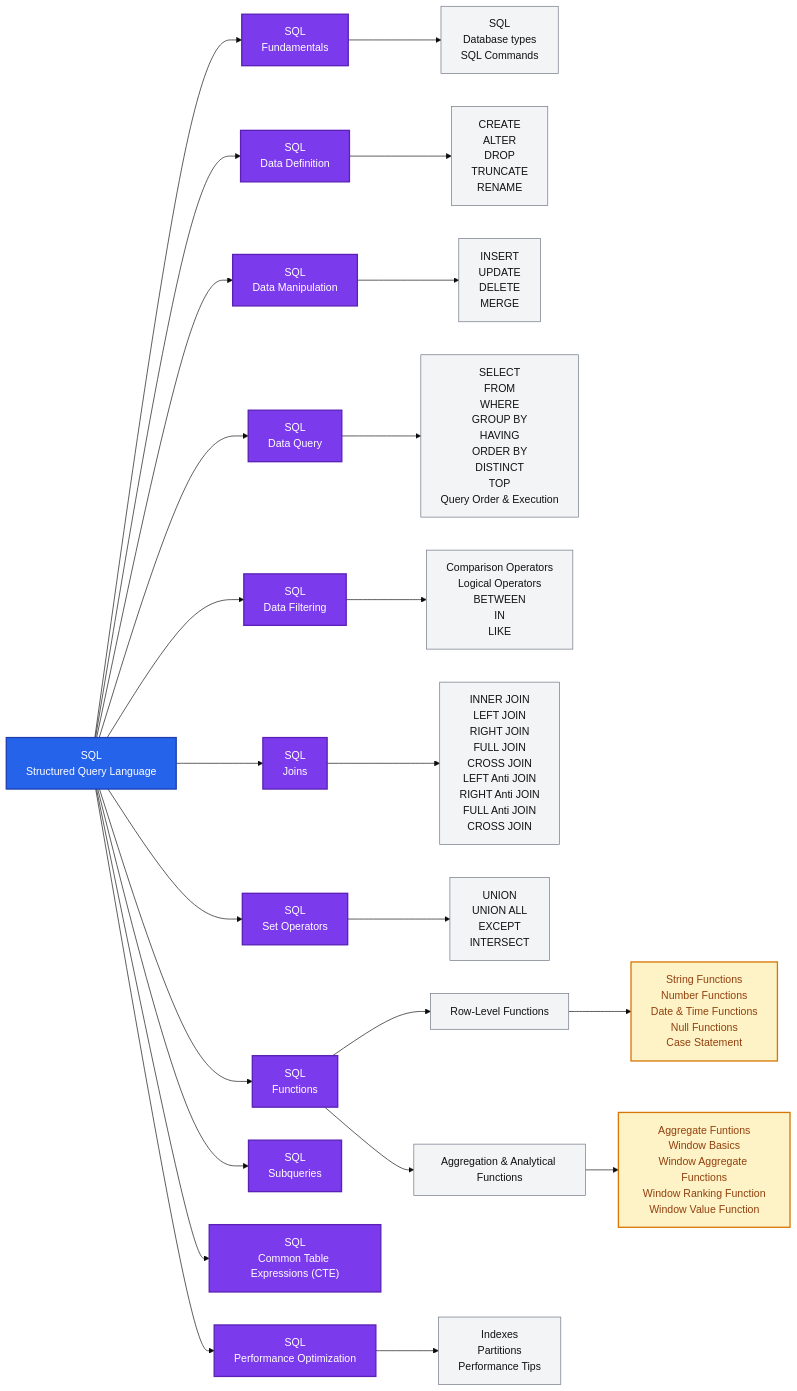
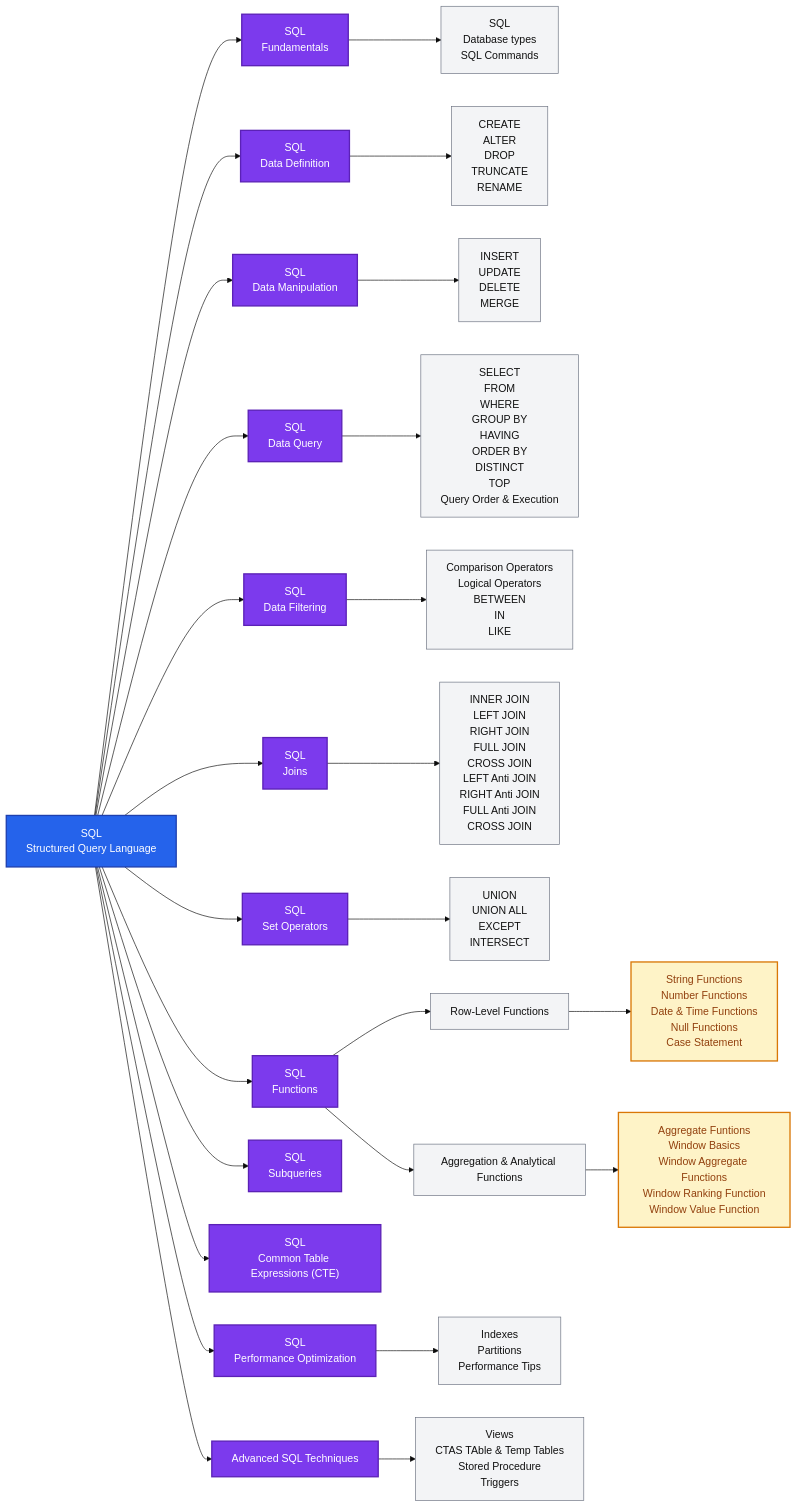
The first of 2 diagrams in README.md (rosa-lpz/sql), drawn with Mermaid (base theme) before and after one commit.

Commit message:
General overview flowchat - Advanced SQL Techniques
Views
CTAS TAble & Temp Tables
Stored Procedure
Triggers

````diff
--- a/README.md
+++ b/README.md
@@ -27,39 +27,41 @@
 ```mermaid
 flowchart LR
 SQL["SQL<br/>Structured Query Language"]
 SQL --> Fundamentals["SQL<br/>Fundamentals"]
 SQL --> Database["SQL<br/>Data Definition"]
 SQL --> DataManipulation["SQL<br/>Data Manipulation"]
 SQL --> DataQuery["SQL<br/>Data Query"]
 SQL --> DataFiltering["SQL<br/>Data Filtering"]
 SQL --> Joins["SQL<br/>Joins"]
 SQL --> SetOps["SQL<br/>Set Operators"]
 SQL --> Functions["SQL<br/>Functions"]
 SQL --> Subqueries["SQL<br/>Subqueries"]
 SQL --> CTE["SQL<br/>Common Table Expressions (CTE)"]
 SQL -->Performance["SQL<br/>Performance Optimization"]
+SQL -->Advanced["Advanced SQL Techniques"]
 
 Fundamentals --> FundamentalsElements["SQL<br/>Database types<br/>SQL Commands"]
 Database-->DatabaseElements["CREATE<br/>ALTER<br/>DROP<br/>TRUNCATE<br/>RENAME"]
 DataManipulation-->DataMapElements["INSERT<br/>UPDATE<br/>DELETE<br/>MERGE"]
 DataQuery-->QueryElements["SELECT<br/>FROM<br/>WHERE<br/>GROUP BY<br/>HAVING<br/>ORDER BY<br/>DISTINCT<br/>TOP<br/>Query Order & Execution"]
 DataFiltering-->DataFiltElements["Comparison Operators<br/>Logical Operators<br/>BETWEEN<br/>IN<br/>LIKE"]
 Joins-->JoinsElements["INNER JOIN<br/>LEFT JOIN<br/>RIGHT JOIN<br/>FULL JOIN<br/>CROSS JOIN<br/>LEFT Anti JOIN<br/>RIGHT Anti JOIN<br/>FULL Anti JOIN<br/>CROSS JOIN"]
 SetOps-->SetOpsElements["UNION<br/>UNION ALL<br/>EXCEPT<br/>INTERSECT"]
 Functions-->RowLevelFunctions["Row-Level Functions"]
 Functions-->AggrAnalyticalFunctions["Aggregation & Analytical Functions"]
 RowLevelFunctions-->RowLevFElm["String Functions<br/>Number Functions<br/>Date & Time Functions<br/>Null Functions<br/>Case Statement"]
 AggrAnalyticalFunctions-->AggrAnalyticalFElm["Aggregate Funtions<br/>Window Basics<br/>Window Aggregate Functions<br/>Window Ranking Function<br/>Window Value Function"]
 
 Performance-->PerformanceElements["Indexes<br/>Partitions<br/>Performance Tips"]
+Advanced-->AdvancedElements["Views<br/>CTAS TAble & Temp Tables<br/>Stored Procedure<br/>Triggers"]
 
 classDef sql fill:#2563eb,color:#fff,stroke:#1e40af,stroke-width:2px
 classDef category fill:#7c3aed,color:#fff,stroke:#5b21b6,stroke-width:2px
 classDef command fill:#f3f4f6,color:#111,stroke:#6b7280
 classDef logic fill:#fef3c7,color:#92400e,stroke:#d97706,stroke-width:2px
 
 class SQL sql
-class Fundamentals,Database,DataManipulation,DataQuery,DataFiltering,Joins,SetOps,Functions,Subqueries,CTE,Performance category
-class FundamentalsElements,DatabaseElements,DataMapElements,QueryElements,DataFiltElements,JoinsElements,SetOpsElements,RowLevelFunctions,AggrAnalyticalFunctions,PerformanceElements command
+class Fundamentals,Database,DataManipulation,DataQuery,DataFiltering,Joins,SetOps,Functions,Subqueries,CTE,Performance,Advanced category
+class FundamentalsElements,DatabaseElements,DataMapElements,QueryElements,DataFiltElements,JoinsElements,SetOpsElements,RowLevelFunctions,AggrAnalyticalFunctions,PerformanceElements,AdvancedElements command
 class RowLevFElm,AggrAnalyticalFElm logic
 ```
````
